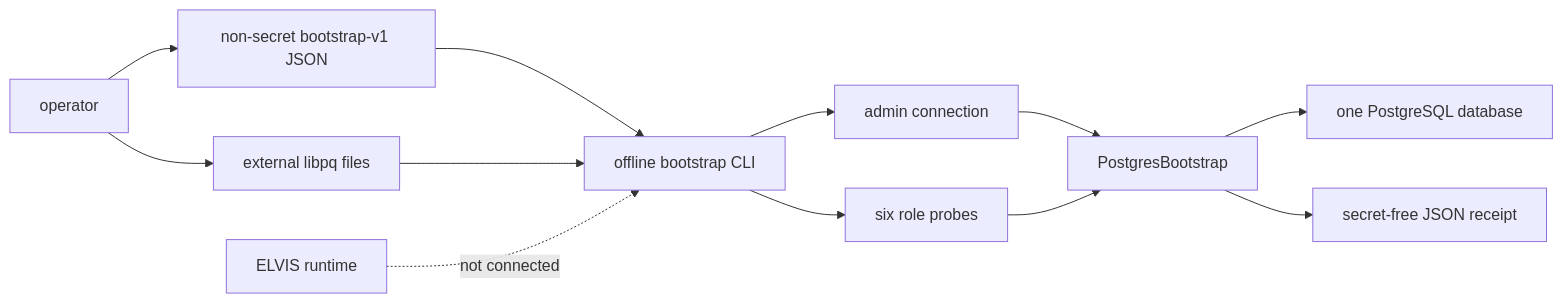
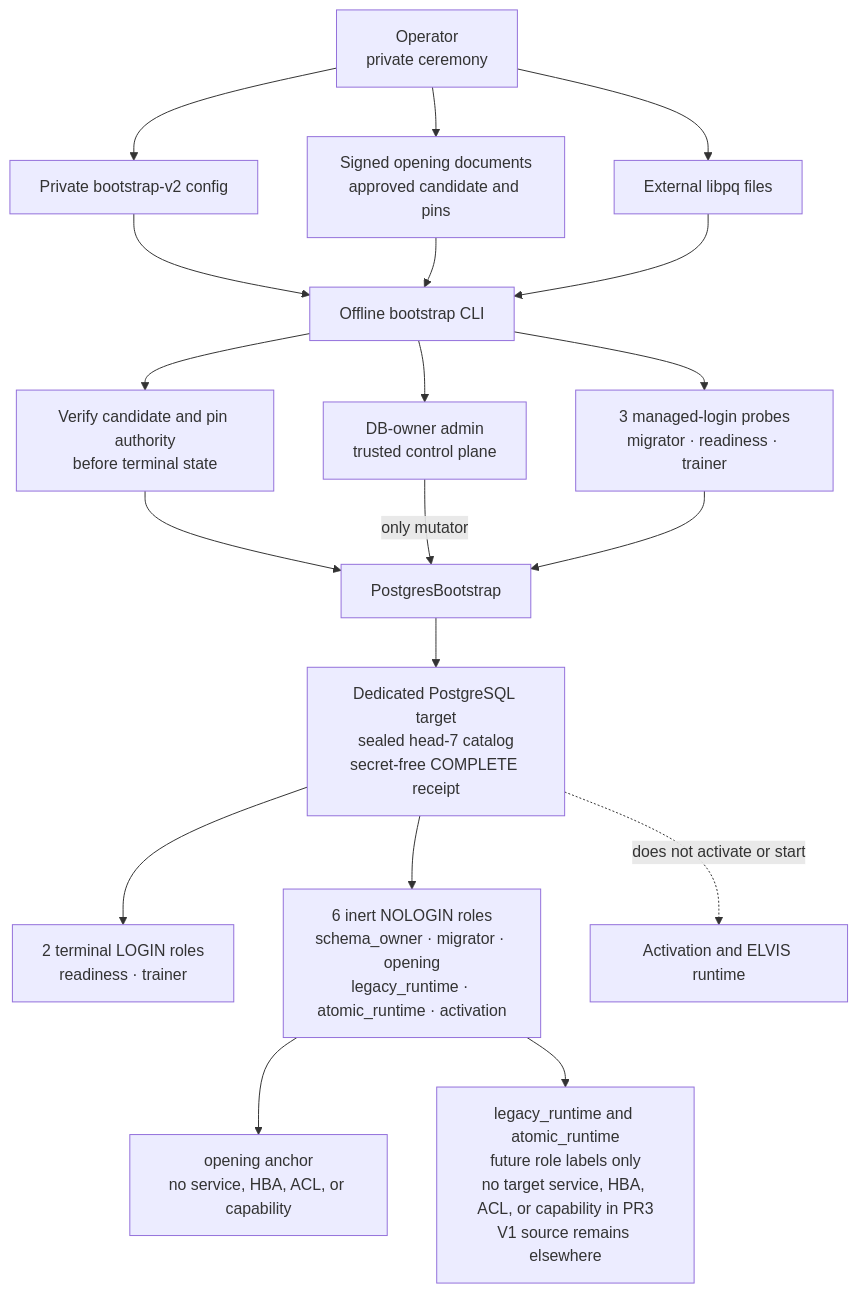
The first of 2 diagrams in docs/V2_POSTGRES_BOOTSTRAP.md (cluster2600/ELVIS), drawn with Mermaid before and after one commit. The commit also changed other lines of this file and 64 other files, not shown here.

````diff
--- a/docs/V2_POSTGRES_BOOTSTRAP.md
+++ b/docs/V2_POSTGRES_BOOTSTRAP.md
@@ -20,14 +21,27 @@
 ```mermaid
-flowchart LR
-    OP["operator"] --> CFG["non-secret bootstrap-v1 JSON"]
-    OP --> LPQ["external libpq files"]
-    CFG --> CLI["offline bootstrap CLI"]
+flowchart TD
+    accTitle: ELVIS V2 bootstrap trust boundary
+    accDescr: Offline bootstrap-v2 uses approved opening evidence, a database-owner control plane, and three temporary login probes to seal a dormant terminal catalog with two logins and six inert roles; legacy and atomic runtime remain future labels without target capability in PR3, while the V1 source stays elsewhere.
+
+    OP["Operator<br/>private ceremony"] --> CFG["Private bootstrap-v2 config"]
+    OP --> DOCS["Signed opening documents<br/>approved candidate and pins"]
+    OP --> LPQ["External libpq files"]
+
+    CFG --> CLI["Offline bootstrap CLI"]
+    DOCS --> CLI
     LPQ --> CLI
-    CLI --> ADMIN["admin connection"]
-    CLI --> PROBES["six role probes"]
-    ADMIN --> BOOT["PostgresBootstrap"]
+    CLI --> ADMIT["Verify candidate and pin authority<br/>before terminal state"]
+    CLI --> ADMIN["DB-owner admin<br/>trusted control plane"]
+    CLI --> PROBES["3 managed-login probes<br/>migrator · readiness · trainer"]
+
+    ADMIT --> BOOT["PostgresBootstrap"]
+    ADMIN -->|"only mutator"| BOOT
     PROBES --> BOOT
-    BOOT --> DB["one PostgreSQL database"]
-    BOOT --> OUT["secret-free JSON receipt"]
-    RUNTIME["ELVIS runtime"] -. "not connected" .-> CLI
+    BOOT --> DB["Dedicated PostgreSQL target<br/>sealed head-7 catalog<br/>secret-free COMPLETE receipt"]
+
+    DB --> LOGIN["2 terminal LOGIN roles<br/>readiness · trainer"]
+    DB --> INERT["6 inert NOLOGIN roles<br/>schema_owner · migrator · opening<br/>legacy_runtime · atomic_runtime · activation"]
+    INERT --> ANCHOR["opening anchor<br/>no service, HBA, ACL, or capability"]
+    INERT --> FUTURE["legacy_runtime and atomic_runtime<br/>future role labels only<br/>no target service, HBA, ACL, or capability in PR3<br/>V1 source remains elsewhere"]
+    DB -. "does not activate or start" .-> RUNTIME["Activation and ELVIS runtime"]
 ```
````
